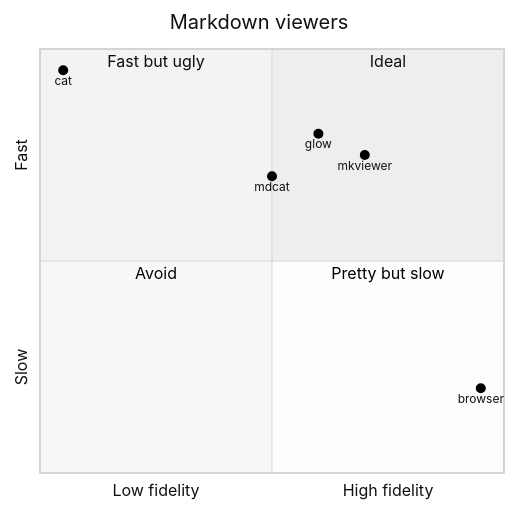
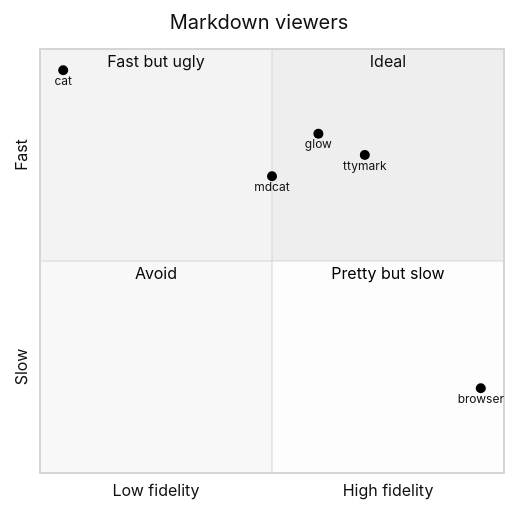
The tenth of 11 diagrams in sample.md (luizbafilho/markview), drawn with Mermaid (neutral theme) before and after one commit. The commit also changed other lines of this file and 3 other files, not shown here.

First line of the commit message:
Rename the project from mkviewer to ttymark

````diff
--- a/sample.md
+++ b/sample.md
@@ -271,15 +271,15 @@
 ```mermaid
 quadrantChart
     title Markdown viewers
     x-axis Low fidelity --> High fidelity
     y-axis Slow --> Fast
     quadrant-1 Ideal
     quadrant-2 Fast but ugly
     quadrant-3 Avoid
     quadrant-4 Pretty but slow
     glow: [0.6, 0.8]
     mdcat: [0.5, 0.7]
     browser: [0.95, 0.2]
     cat: [0.05, 0.95]
-    mkviewer: [0.7, 0.75]
+    ttymark: [0.7, 0.75]
 ```
````
